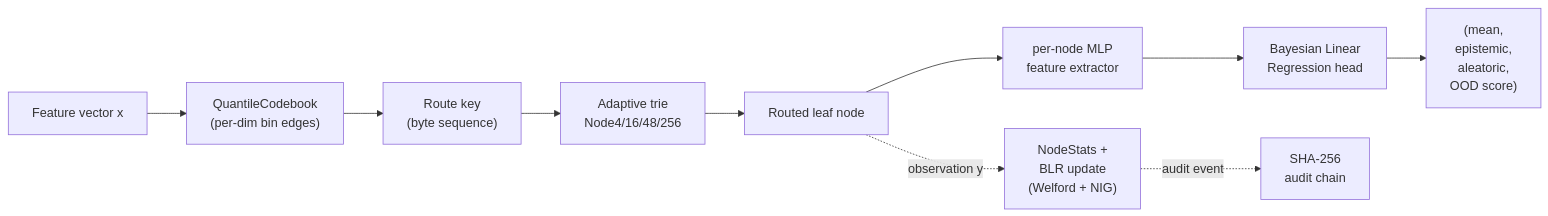
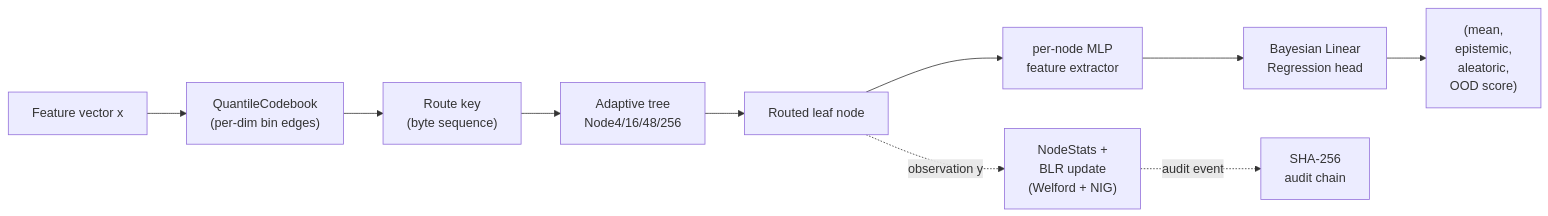
The first of 11 diagrams in blog/posts/abng-belief-states-first-class/index.qmd (AdamEzzat1/AdamEzzat1.github.io), drawn with Mermaid before and after one commit. The commit also changed other lines of this file, not shown here.

First line of the commit message:
Polish ABNG belief-states post: drop stats row, trie -> tree

````diff
--- a/blog/posts/abng-belief-states-first-class/index.qmd
+++ b/blog/posts/abng-belief-states-first-class/index.qmd
@@ -231,13 +224,13 @@
 ```{mermaid}
 %%| fig-cap: "Figure 1 — End-to-end path for one observation. The forward (prediction) path is solid; the update / audit path is dotted. Every dashed arrow corresponds to an append-only audit event."
 flowchart LR
     X["Feature vector x"] --> CB["QuantileCodebook<br/>(per-dim bin edges)"]
     CB --> RK["Route key<br/>(byte sequence)"]
-    RK --> TR["Adaptive trie<br/>Node4/16/48/256"]
+    RK --> TR["Adaptive tree<br/>Node4/16/48/256"]
     TR --> LF["Routed leaf node"]
     LF --> MLP["per-node MLP<br/>feature extractor"]
     MLP --> BLR["Bayesian Linear<br/>Regression head"]
     BLR --> OUT["(mean,<br/>epistemic,<br/>aleatoric,<br/>OOD score)"]
     LF -.observation y.-> NS["NodeStats +<br/>BLR update<br/>(Welford + NIG)"]
     NS -.audit event.-> AC["SHA-256<br/>audit chain"]
 ```
````
